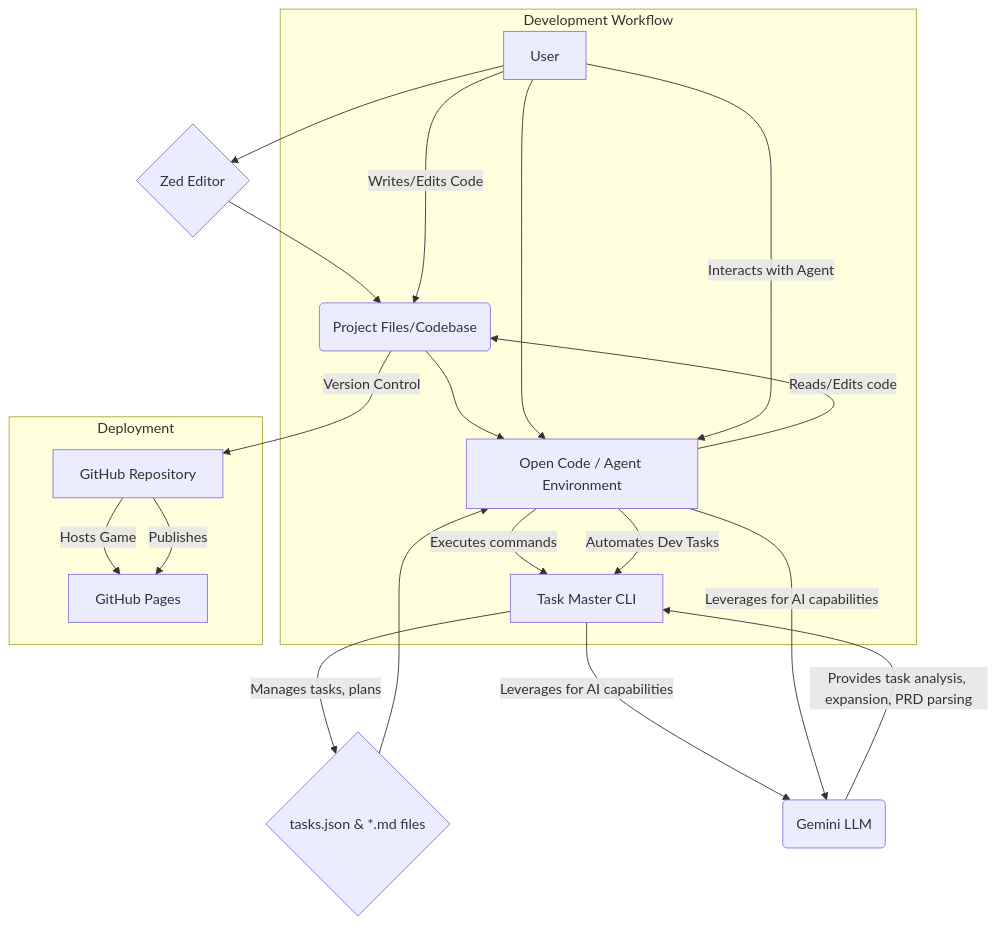
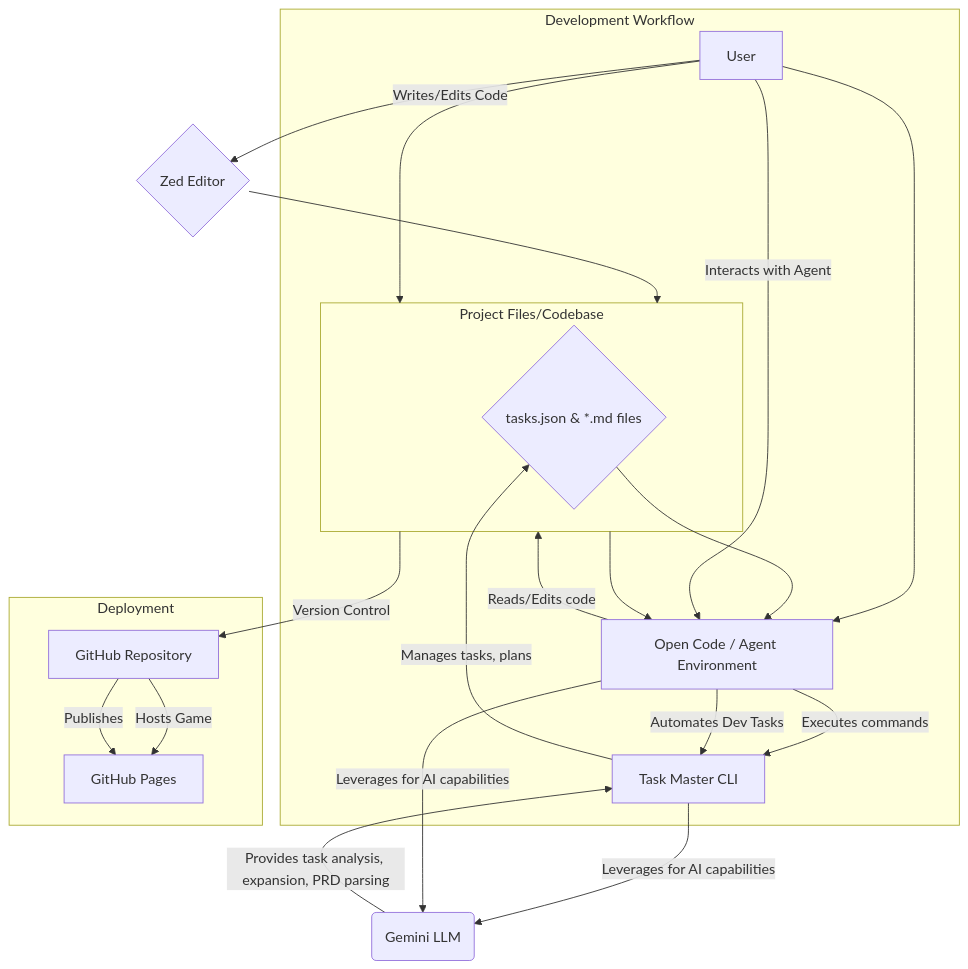
The diagram in flappy-bird-dev-workflow.md (malcolmbastien/malcolmbastien.github.io), drawn with Mermaid before and after one commit.

````diff
--- a/flappy-bird-dev-workflow.md
+++ b/flappy-bird-dev-workflow.md
@@ -5,29 +5,33 @@
 ```mermaid
 graph TD
     A[User] --> B{Zed Editor};
-    B --> C(Project Files/Codebase);
+    B --> C;
     C --> D[Open Code / Agent Environment];
     A --> D;
 
+    subgraph C[Project Files/Codebase]
+        F{tasks.json & *.md files}
+    end
+
     D -- "Executes commands" --> E[Task Master CLI];
-    E -- "Manages tasks, plans" --> F{tasks.json & *.md files};
+    E -- "Manages tasks, plans" --> F;
     E -- "Leverages for AI capabilities" --> G(Gemini LLM);
     D -- "Leverages for AI capabilities" --> G;
 
     G -- "Provides task analysis, expansion, PRD parsing" --> E;
     F --> D;
 
     D -- "Reads/Edits code" --> C;
     C -- "Version Control" --> H[GitHub Repository];
     H -- "Hosts Game" --> I[GitHub Pages];
 
     subgraph Development Workflow
         A -- "Writes/Edits Code" --> C;
         A -- "Interacts with Agent" --> D;
         D -- "Automates Dev Tasks" --> E;
     end
 
     subgraph Deployment
         H -- "Publishes" --> I;
     end
 ```
````
